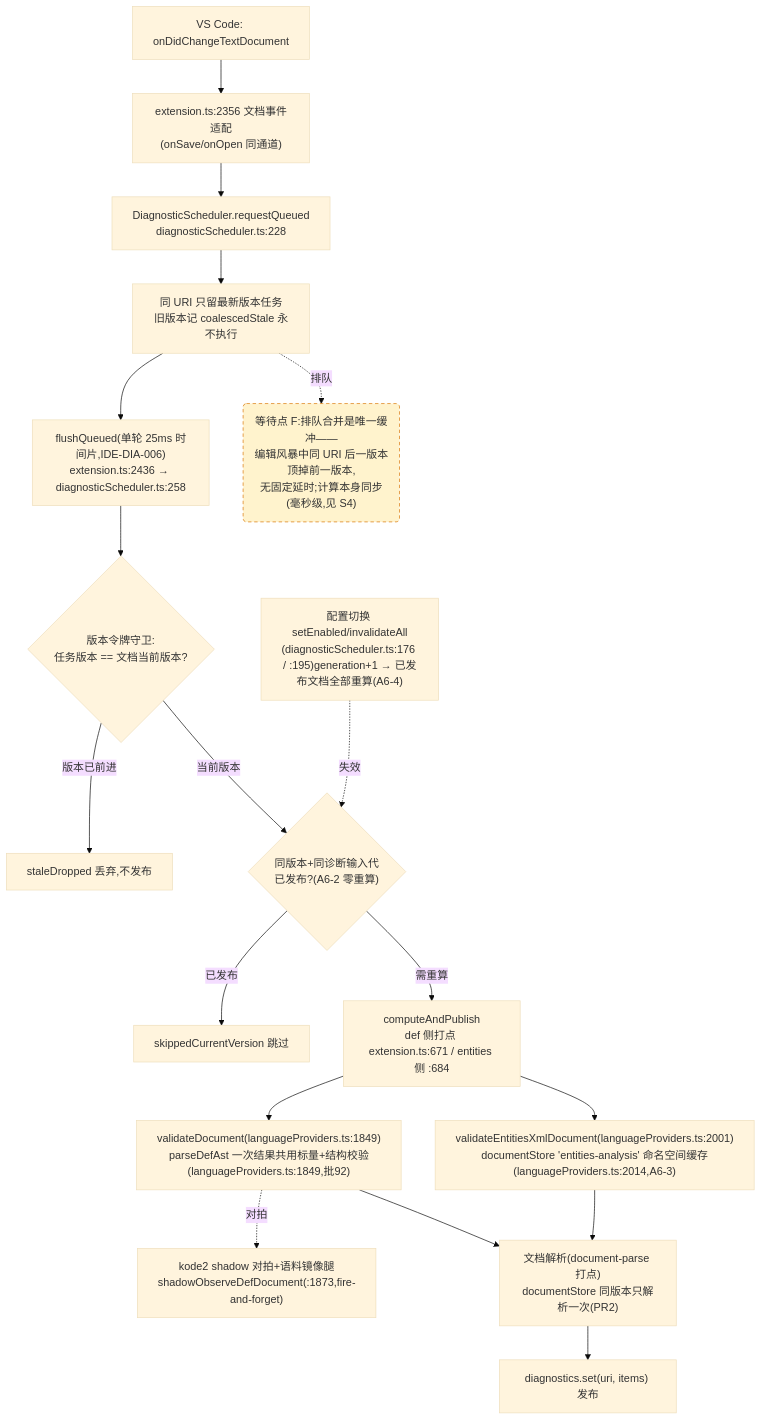
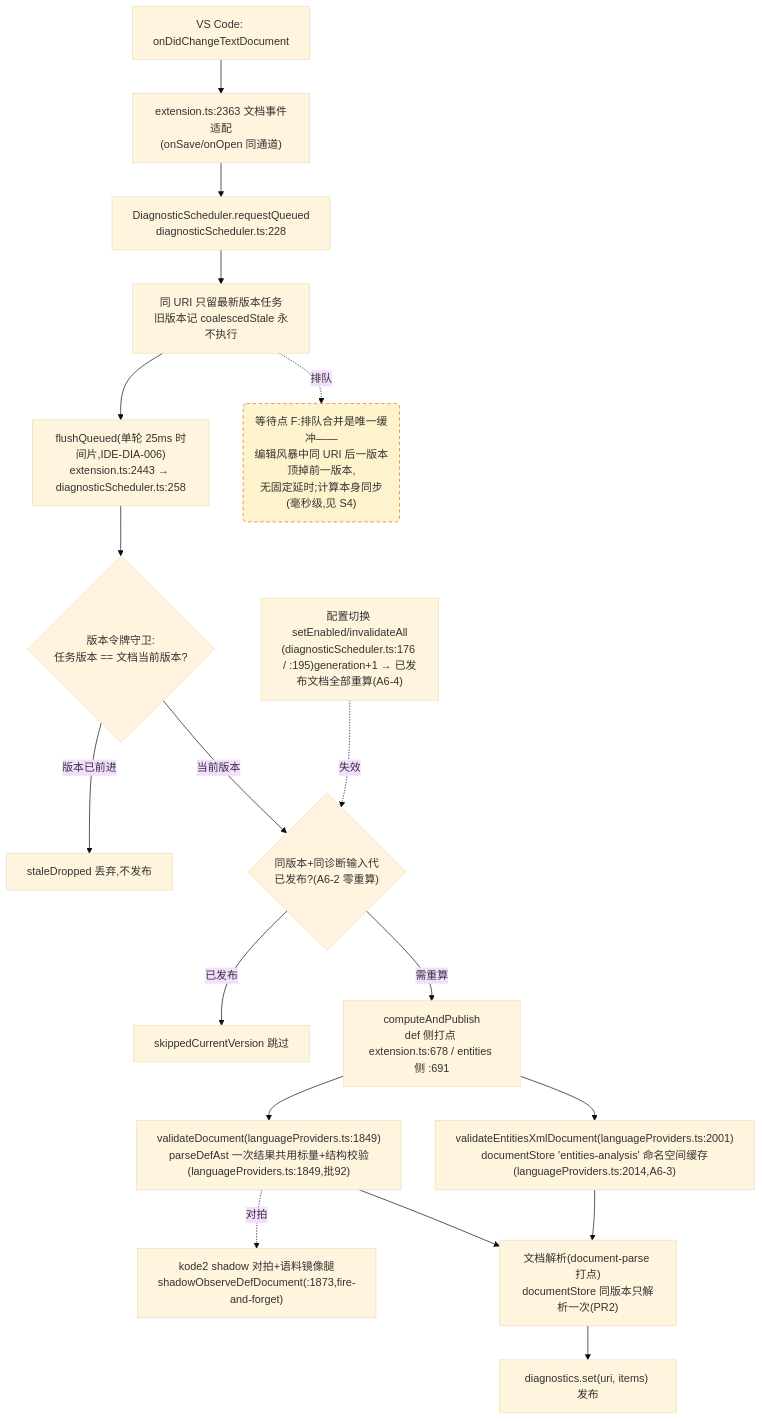
The fourth of 4 diagrams in docs/perf/2026-baseline.md (cuihairu/kode), drawn with Mermaid (base theme) before and after one commit. The commit also changed other lines of this file and 4 other files, not shown here.

````diff
--- a/docs/perf/2026-baseline.md
+++ b/docs/perf/2026-baseline.md
@@ -214,38 +214,38 @@
 ```mermaid
 flowchart TD
   CHG["VS Code: onDidChangeTextDocument"]
-  WATCH["extension.ts:2356 文档事件适配<br/>(onSave/onOpen 同通道)"]
+  WATCH["extension.ts:2363 文档事件适配<br/>(onSave/onOpen 同通道)"]
   RQ["DiagnosticScheduler.requestQueued<br/>diagnosticScheduler.ts:228"]
   CO["同 URI 只留最新版本任务<br/>旧版本记 coalescedStale 永不执行"]
-  FL["flushQueued(单轮 25ms 时间片,IDE-DIA-006)<br/>extension.ts:2436 → diagnosticScheduler.ts:258"]
+  FL["flushQueued(单轮 25ms 时间片,IDE-DIA-006)<br/>extension.ts:2443 → diagnosticScheduler.ts:258"]
   VG{"版本令牌守卫:<br/>任务版本 == 文档当前版本?"}
   DROP["staleDropped 丢弃,不发布"]
   GEN{"同版本+同诊断输入代<br/>已发布?(A6-2 零重算)"}
   SKIP["skippedCurrentVersion 跳过"]
-  CALC["computeAndPublish<br/>def 侧打点 extension.ts:671 / entities 侧 :684"]
+  CALC["computeAndPublish<br/>def 侧打点 extension.ts:678 / entities 侧 :691"]
   VD["validateDocument(languageProviders.ts:1849)<br/>parseDefAst 一次结果共用标量+结构校验(languageProviders.ts:1849,批92)"]
   VEX["validateEntitiesXmlDocument(languageProviders.ts:2001)<br/>documentStore 'entities-analysis' 命名空间缓存(languageProviders.ts:2014,A6-3)"]
   SHDD["kode2 shadow 对拍+语料镜像腿<br/>shadowObserveDefDocument(:1873,fire-and-forget)"]
   DS["文档解析(document-parse 打点)<br/>documentStore 同版本只解析一次(PR2)"]
   PUB["diagnostics.set(uri, items) 发布"]
   CFG2["配置切换 setEnabled/invalidateAll<br/>(diagnosticScheduler.ts:176 / :195)generation+1 → 已发布文档全部重算(A6-4)"]
 
   CHG --> WATCH --> RQ --> CO --> FL --> VG
   VG -- "版本已前进" --> DROP
   VG -- "当前版本" --> GEN
   GEN -- "已发布" --> SKIP
   GEN -- "需重算" --> CALC
   CALC --> VD
   CALC --> VEX
   VD --> DS
   VEX --> DS
   DS --> PUB
   VD -.->|对拍| SHDD
   CFG2 -.->|失效| GEN
 
   WAITF("等待点 F:排队合并是唯一缓冲——<br/>编辑风暴中同 URI 后一版本顶掉前一版本,<br/>无固定延时;计算本身同步(毫秒级,见 S4)")
   CO -.->|排队| WAITF
 
   classDef waitPoint fill:#fff3cd,stroke:#d97706,stroke-dasharray:5 4;
   class WAITF waitPoint;
 ```
````
